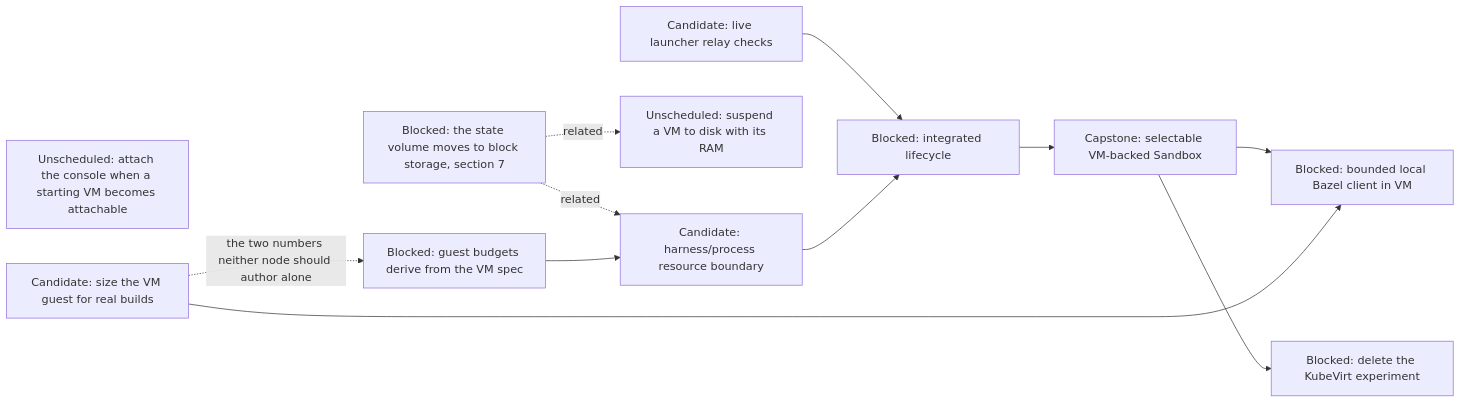
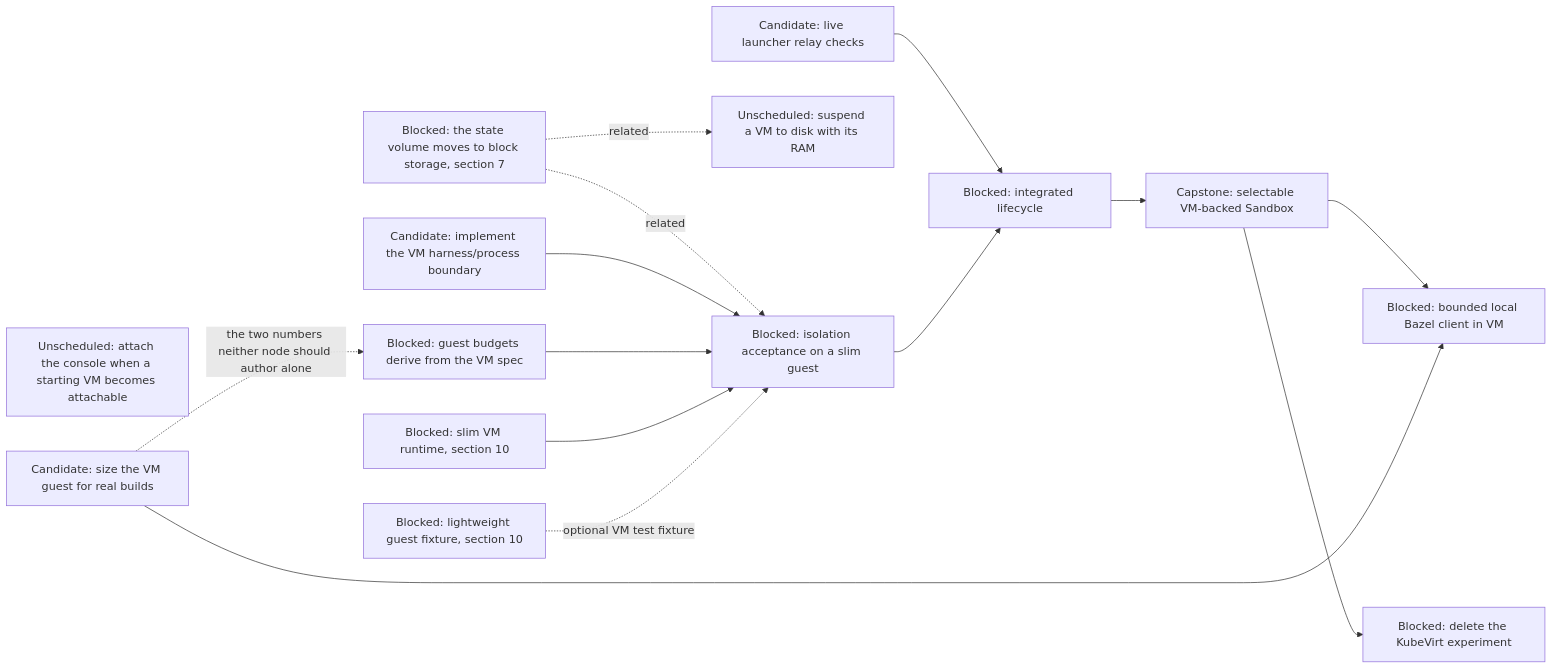
Before and after one commit to agentydragon-agent/ducktape: the sixth of 17 diagrams in agentplane/plans/task_dag.md, drawn with Mermaid. The commit also changed other lines of this file, not shown here.

````diff
--- a/agentplane/plans/task_dag.md
+++ b/agentplane/plans/task_dag.md
@@ -424,20 +424,26 @@
 ```mermaid
 flowchart LR
     VM_EGRESS[Candidate: live launcher relay checks]
     VM_RAM_SUSPEND[Unscheduled: suspend a VM to disk with its RAM]
     VM_CONSOLE_DEFERRED_ATTACH[Unscheduled: attach the console when a starting VM becomes attachable]
-    VM_PROCESS_ISOLATION[Candidate: harness/process resource boundary]
+    VM_PROCESS_BOUNDARY_IMPL[Candidate: implement the VM harness/process boundary]
+    VM_PROCESS_ISOLATION[Blocked: isolation acceptance on a slim guest]
+    RUNNER_LAYERING_VM[Blocked: slim VM runtime, section 10]
+    K3S_VM_IMAGE[Blocked: lightweight guest fixture, section 10]
     VM_LIFECYCLE[Blocked: integrated lifecycle]
     STATE_VOLUME_BLOCK[Blocked: the state volume moves to block storage, section 7] -. related .-> VM_PROCESS_ISOLATION
     STATE_VOLUME_BLOCK -. related .-> VM_RAM_SUSPEND
     VM_EGRESS --> VM_LIFECYCLE
     VM_PROCESS_ISOLATION --> VM_LIFECYCLE
+    VM_PROCESS_BOUNDARY_IMPL --> VM_PROCESS_ISOLATION
     VM_GUEST_BUDGET_DERIVE --> VM_PROCESS_ISOLATION
+    RUNNER_LAYERING_VM --> VM_PROCESS_ISOLATION
+    K3S_VM_IMAGE -. optional VM test fixture .-> VM_PROCESS_ISOLATION
     VM_LIFECYCLE --> SANDBOX_VM_ISOLATION[Capstone: selectable VM-backed Sandbox]
     VM_GUEST_MEMORY[Candidate: size the VM guest for real builds]
     VM_GUEST_BUDGET_DERIVE[Blocked: guest budgets derive from the VM spec]
     VM_GUEST_MEMORY -. the two numbers neither node should author alone .-> VM_GUEST_BUDGET_DERIVE
     SANDBOX_VM_ISOLATION --> LOCAL_BAZEL[Blocked: bounded local Bazel client in VM]
     VM_GUEST_MEMORY --> LOCAL_BAZEL
     SANDBOX_VM_ISOLATION --> KUBEVIRT_EXPERIMENT_RETIRE[Blocked: delete the KubeVirt experiment]
 ```
````
